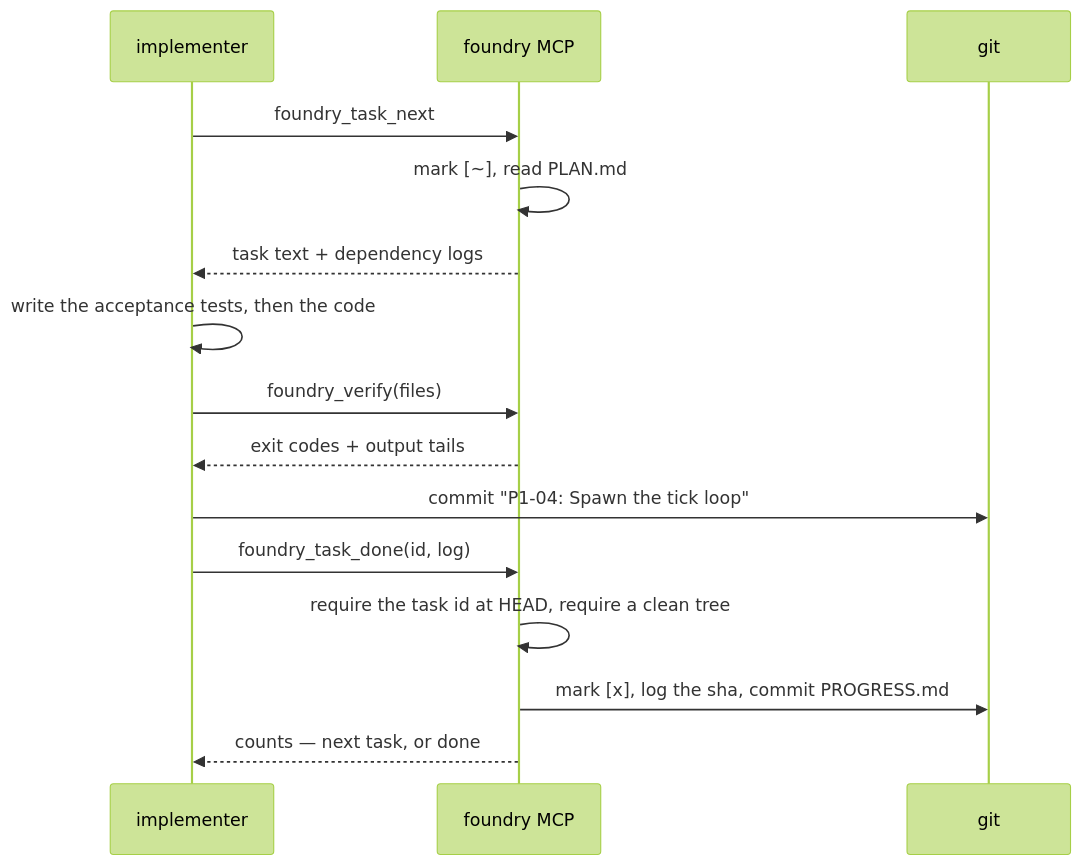
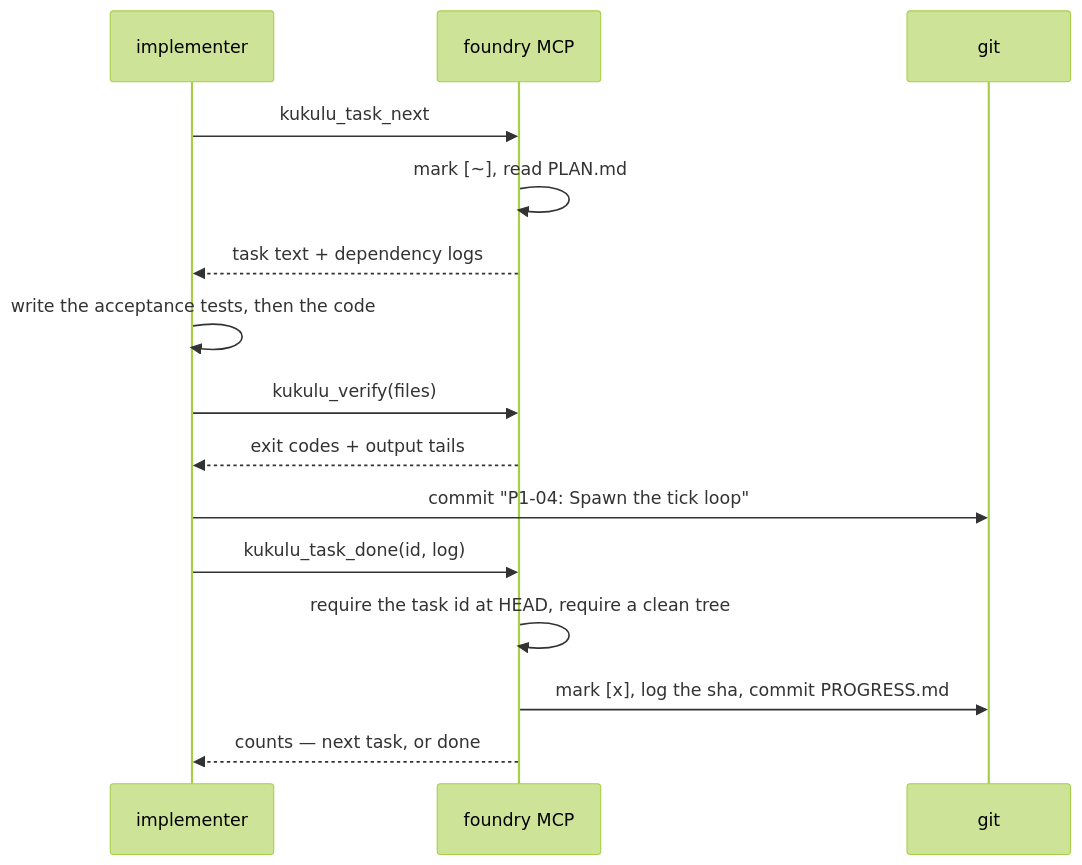
One commit to DisplaceTech/kukulu changed the second of 3 diagrams in README.md. Above: the diagram before and after it, drawn with Mermaid (forest theme). The commit also changed other lines of this file and 30 other files, not shown here.

First line of the commit message:
RN-03: Rename the MCP tools from foundry_* to kukulu_*

````diff
--- a/README.md
+++ b/README.md
@@ -129,18 +129,18 @@
 ```mermaid
 sequenceDiagram
     participant I as implementer
     participant M as foundry MCP
     participant G as git
 
-    I->>M: foundry_task_next
+    I->>M: kukulu_task_next
     M->>M: mark [~], read PLAN.md
     M-->>I: task text + dependency logs
     I->>I: write the acceptance tests, then the code
-    I->>M: foundry_verify(files)
+    I->>M: kukulu_verify(files)
     M-->>I: exit codes + output tails
     I->>G: commit "P1-04: Spawn the tick loop"
-    I->>M: foundry_task_done(id, log)
+    I->>M: kukulu_task_done(id, log)
     M->>M: require the task id at HEAD, require a clean tree
     M->>G: mark [x], log the sha, commit PROGRESS.md
     M-->>I: counts — next task, or done
 ```
````
